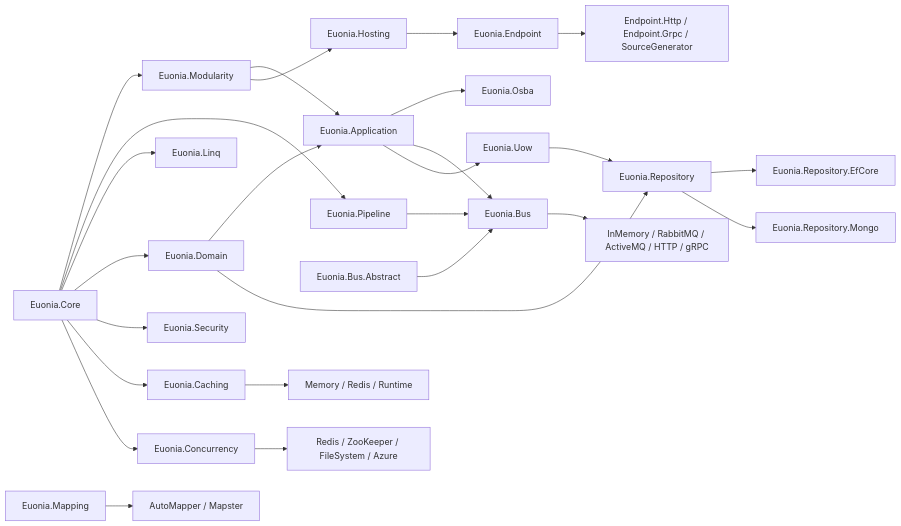
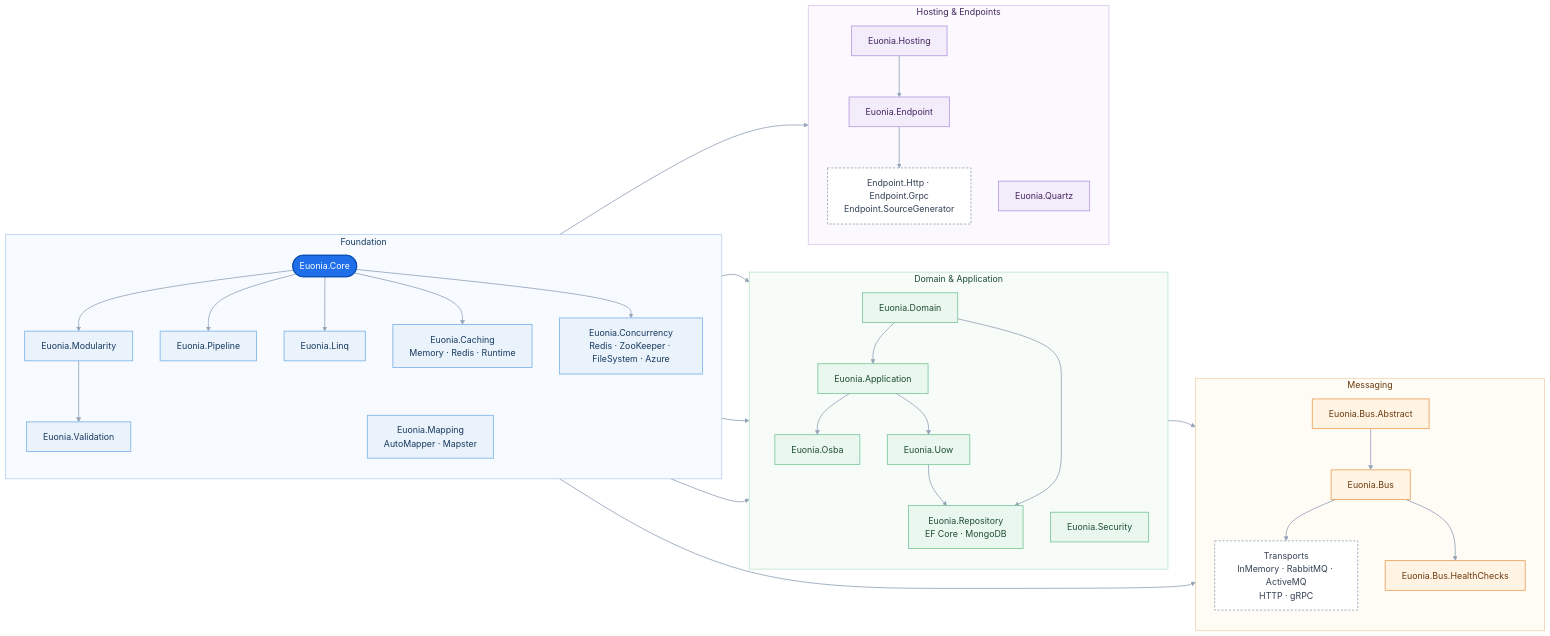
The diagram in README.en.md (euonia-project/euonia-dotnet), drawn with Mermaid before and after one commit. The commit also changed other lines of this file and 1 other file, not shown here.

Commit message:
docs(readme): 更新 README 中的架构图，增加子图和注释以增强可读性

````diff
--- a/README.en.md
+++ b/README.en.md
@@ -34,31 +34,84 @@
 ```mermaid
 flowchart LR
-    Core[Euonia.Core]
-    Core --> Modularity[Euonia.Modularity]
-    Core --> Pipeline[Euonia.Pipeline]
-    Core --> Linq[Euonia.Linq]
-    Core --> Domain[Euonia.Domain]
-    Core --> Security[Euonia.Security]
-    Core --> Caching[Euonia.Caching]
-    Core --> Concurrency[Euonia.Concurrency]
+    subgraph F["Foundation"]
+        direction TB
+        Core(["Euonia.Core"])
+        Modularity["Euonia.Modularity"]
+        Pipeline["Euonia.Pipeline"]
+        Linq["Euonia.Linq"]
+        Mapping["Euonia.Mapping<br/>AutoMapper · Mapster"]
+        Validation["Euonia.Validation"]
+        Caching["Euonia.Caching<br/>Memory · Redis · Runtime"]
+        Concurrency["Euonia.Concurrency<br/>Redis · ZooKeeper · FileSystem · Azure"]
+    end
 
-    Modularity --> Application[Euonia.Application]
-    Modularity --> Hosting[Euonia.Hosting]
+    subgraph D["Domain & Application"]
+        direction TB
+        Domain["Euonia.Domain"]
+        Application["Euonia.Application"]
+        Uow["Euonia.Uow"]
+        Repository["Euonia.Repository<br/>EF Core · MongoDB"]
+        Osba["Euonia.Osba"]
+        Security["Euonia.Security"]
+    end
+
+    subgraph M["Messaging"]
+        direction TB
+        BusAbstract["Euonia.Bus.Abstract"]
+        Bus["Euonia.Bus"]
+        Transports["Transports<br/>InMemory · RabbitMQ · ActiveMQ<br/>HTTP · gRPC"]
+        BusHealth["Euonia.Bus.HealthChecks"]
+    end
+
+    subgraph H["Hosting & Endpoints"]
+        direction TB
+        Hosting["Euonia.Hosting"]
+        Endpoint["Euonia.Endpoint"]
+        EndpointImpl["Endpoint.Http · Endpoint.Grpc<br/>Endpoint.SourceGenerator"]
+        Quartz["Euonia.Quartz"]
+    end
+
+    Core --> Modularity
+    Core --> Pipeline
+    Core --> Linq
+    Core --> Caching
+    Core --> Concurrency
+    Core --> Domain
+    Core --> Security
+    Modularity --> Application
+    Modularity --> Hosting
+    Modularity --> Validation
     Domain --> Application
-    Domain --> Repository[Euonia.Repository]
-    Pipeline --> Bus[Euonia.Bus]
-    BusAbstract[Euonia.Bus.Abstract] --> Bus
-    Bus --> Transports["InMemory / RabbitMQ / ActiveMQ / HTTP / gRPC"]
-    Application --> Osba[Euonia.Osba]
+    Domain --> Repository
     Application --> Bus
-    Application --> Uow[Euonia.Uow]
+    Application --> Osba
+    Application --> Uow
     Uow --> Repository
-    Repository --> RepositoryEfCore[Euonia.Repository.EfCore]
-    Repository --> RepositoryMongo[Euonia.Repository.Mongo]
+    Pipeline --> Bus
+    BusAbstract --> Bus
+    Bus --> Transports
+    Bus --> BusHealth
+    Hosting --> Endpoint
+    Endpoint --> EndpointImpl
 
-    Caching --> CachingProviders["Memory / Redis / Runtime"]
-    Concurrency --> ConcurrencyProviders["Redis / ZooKeeper / FileSystem / Azure"]
-    Mapping[Euonia.Mapping] --> MappingProviders["AutoMapper / Mapster"]
-    Hosting --> Endpoint[Euonia.Endpoint]
-    Endpoint --> EndpointImpl["Endpoint.Http / Endpoint.Grpc / SourceGenerator"]
+    classDef core fill:#1F6FEB,stroke:#0B4FB3,color:#FFFFFF,stroke-width:2px
+    classDef foundation fill:#EAF2FB,stroke:#7EB3E8,color:#173A5E,stroke-width:1.5px
+    classDef domain fill:#EAF7EF,stroke:#79C79A,color:#1E4D34,stroke-width:1.5px
+    classDef messaging fill:#FFF3E3,stroke:#E8A15C,color:#6B3A0F,stroke-width:1.5px
+    classDef hosting fill:#F3ECFB,stroke:#B79BE0,color:#43265E,stroke-width:1.5px
+    classDef aggregate fill:#FFFFFF,stroke:#94A3B8,color:#334155,stroke-width:1.5px,stroke-dasharray: 4 3
+
+    class Core core
+    class Modularity,Pipeline,Linq,Mapping,Validation,Caching,Concurrency foundation
+    class Domain,Application,Uow,Repository,Osba,Security domain
+    class BusAbstract,Bus,BusHealth messaging
+    class Hosting,Endpoint,Quartz hosting
+    class Transports,EndpointImpl aggregate
+
+    style F fill:#F7FBFF,stroke:#B7D3EE,stroke-width:1.5px,color:#173A5E
+    style D fill:#F7FCF9,stroke:#BFE5CF,stroke-width:1.5px,color:#1E4D34
+    style M fill:#FFFBF5,stroke:#F2D3B3,stroke-width:1.5px,color:#6B3A0F
+    style H fill:#FBF8FE,stroke:#D9C9F0,stroke-width:1.5px,color:#43265E
+
+    linkStyle default stroke:#94A3B8,stroke-width:1.5px
 ```
````
